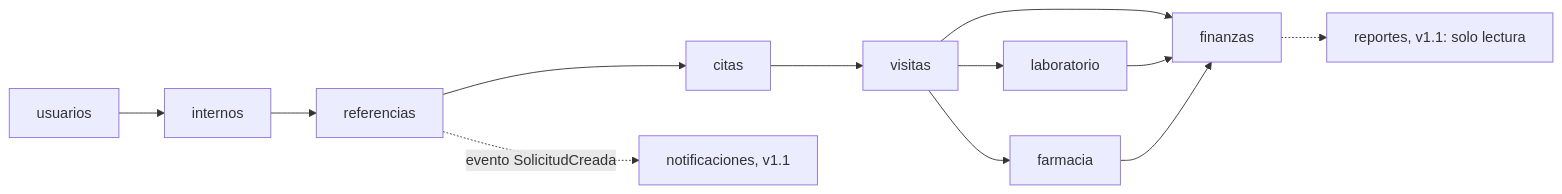
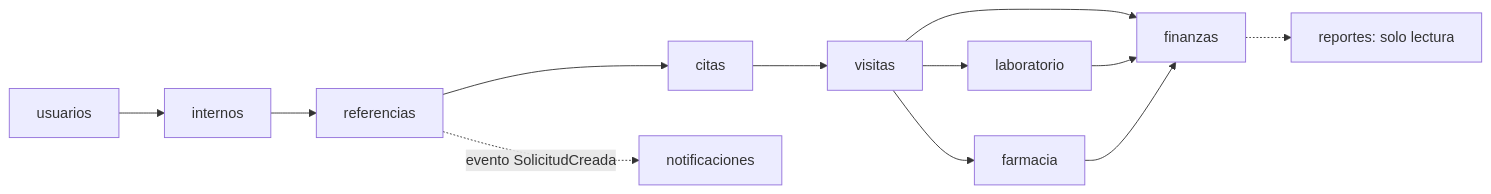
The fifth of 18 diagrams in docs/fase-diseno.md (Hoakin26/Sistema-Gestion-Asilo), drawn with Mermaid before and after one commit. The commit also changed other lines of this file and 2 other files, not shown here.

````diff
--- a/docs/fase-diseno.md
+++ b/docs/fase-diseno.md
@@ -631,14 +635,14 @@
 ```mermaid
 flowchart LR
     U["usuarios"] --> I["internos"]
     I --> RF["referencias"]
     RF --> CI["citas"]
     CI --> V["visitas"]
     V --> L["laboratorio"]
     V --> F["farmacia"]
     V --> FI["finanzas"]
     L --> FI
     F --> FI
-    RF -.->|"evento SolicitudCreada"| N["notificaciones, v1.1"]
-    FI -.-> RP["reportes, v1.1: solo lectura"]
+    RF -.->|"evento SolicitudCreada"| N["notificaciones"]
+    FI -.-> RP["reportes: solo lectura"]
 ```
````
